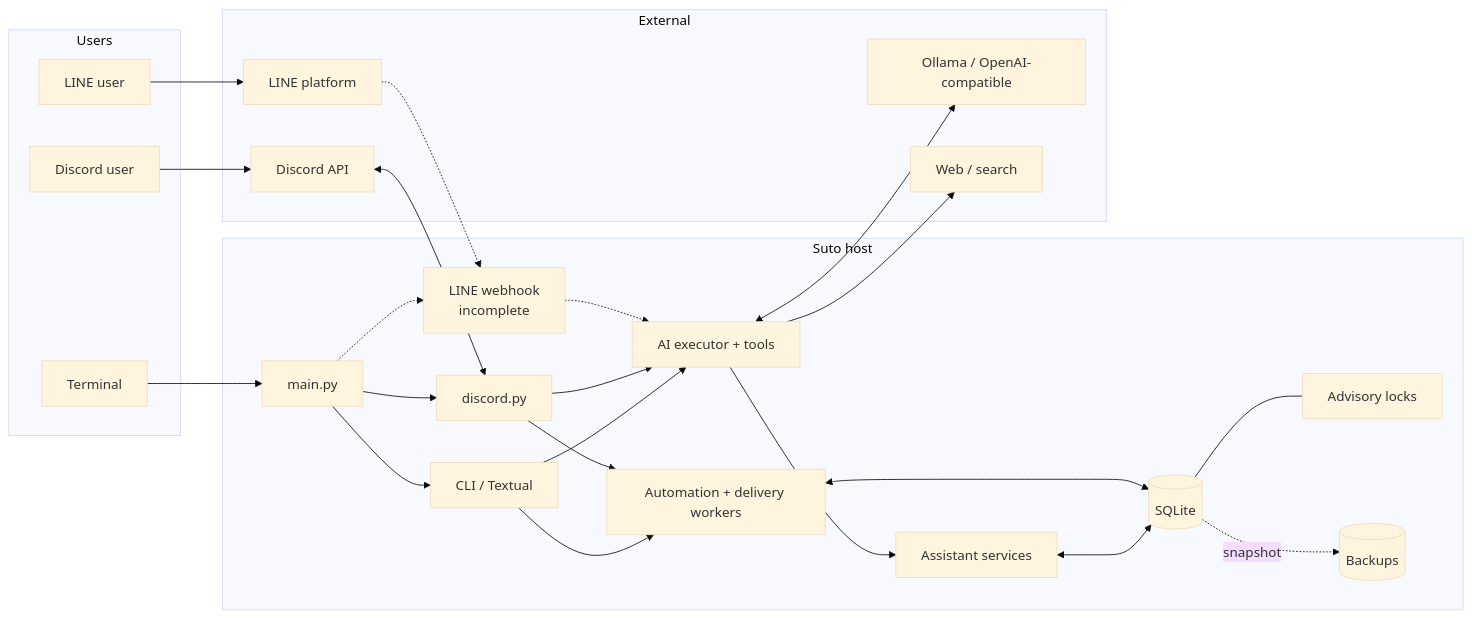
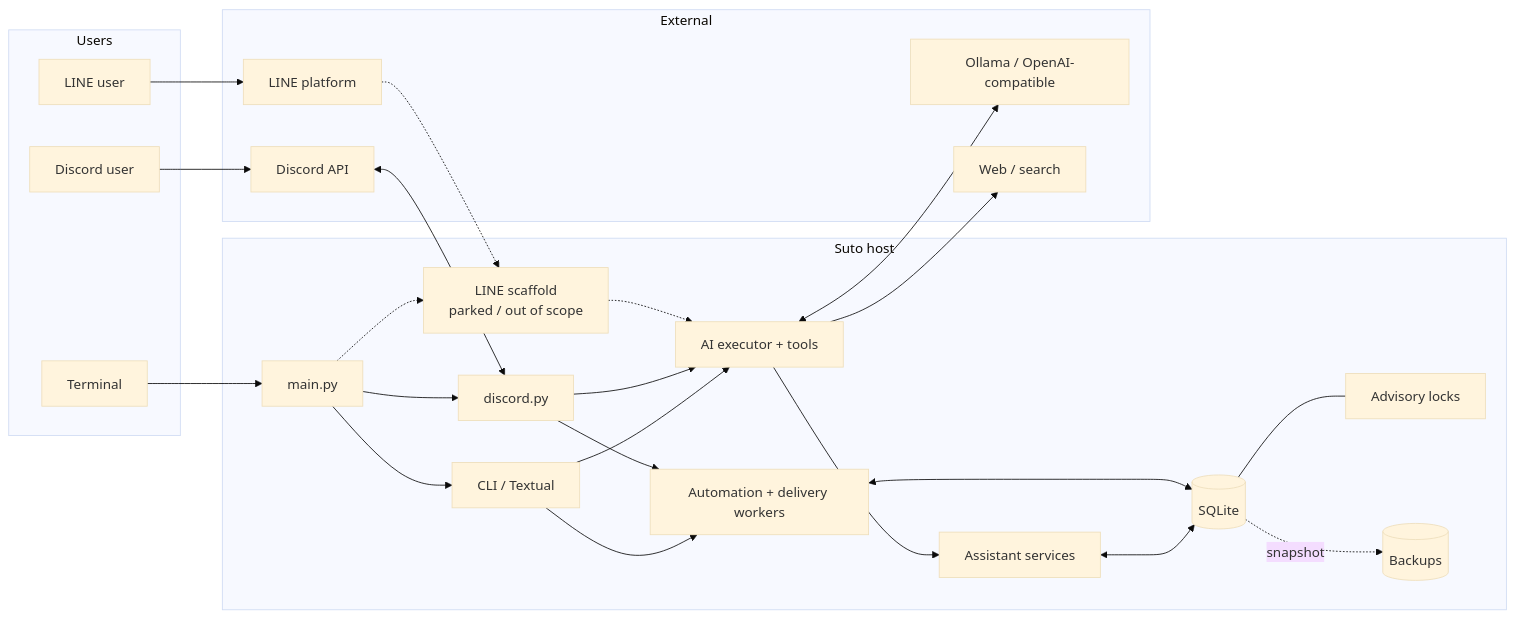
The diagram in AGENTS.md (shoyaa0815/suto), drawn with Mermaid (base theme) before and after one commit. The commit also changed other lines of this file and 45 other files, not shown here.

````diff
--- a/AGENTS.md
+++ b/AGENTS.md
@@ -31,39 +33,39 @@
 ```mermaid
 flowchart LR
     subgraph Users
         T[Terminal]
         DUser[Discord user]
         LUser[LINE user]
     end
     subgraph Host[Suto host]
         Main[main.py]
         CLI[CLI / Textual]
         Discord[discord.py]
-        Line[LINE webhook<br/>incomplete]
+        Line[LINE scaffold<br/>parked / out of scope]
         AI[AI executor + tools]
         Service[Assistant services]
         Worker[Automation + delivery workers]
         DB[(SQLite)]
         Lock[Advisory locks]
         Backup[(Backups)]
     end
     subgraph External
         DG[Discord API]
         LP[LINE platform]
         Provider[Ollama / OpenAI-compatible]
         Web[Web / search]
     end
     T --> Main --> CLI --> AI
     DUser --> DG <--> Discord --> AI
     LUser --> LP -.-> Line -.-> AI
     Main --> Discord
     Main -.-> Line
     AI <--> Provider
     AI --> Web
     AI --> Service <--> DB
     CLI --> Worker
     Discord --> Worker
     Worker <--> DB
     DB --- Lock
     DB -. snapshot .-> Backup
 ```
````
